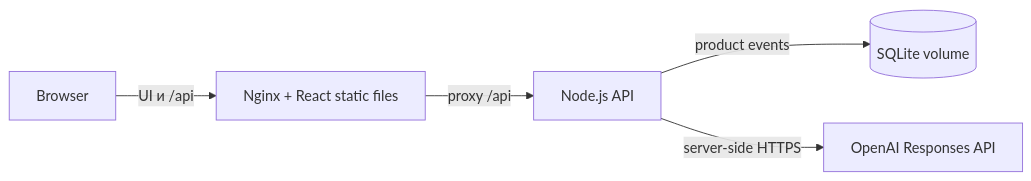
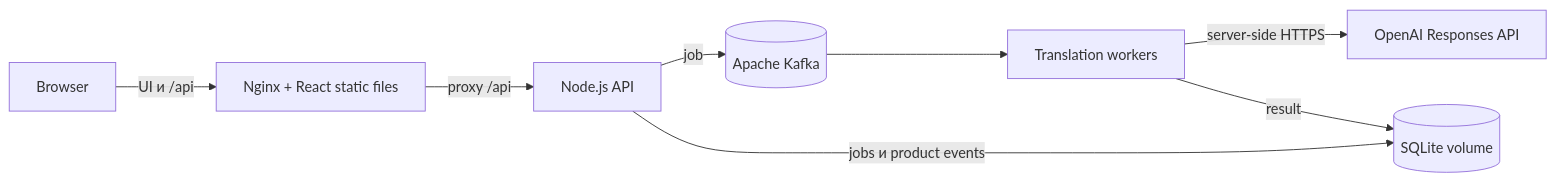
The second of 4 diagrams in docs/ARCHITECTURE.md (viscosha1575/magnit), drawn with Mermaid before and after one commit. The commit also changed other lines of this file and 8 other files, not shown here.

Commit message:
Add durable Kafka translation queue

````diff
--- a/docs/ARCHITECTURE.md
+++ b/docs/ARCHITECTURE.md
@@ -27,13 +27,18 @@
 ```mermaid
 flowchart LR
   browser[Browser]
   nginx[Nginx + React static files]
   api[Node.js API]
+  kafka[(Apache Kafka)]
+  worker[Translation workers]
   sqlite[(SQLite volume)]
   openai[OpenAI Responses API]
 
   browser -->|UI и /api| nginx
   nginx -->|proxy /api| api
-  api -->|product events| sqlite
-  api -->|server-side HTTPS| openai
+  api -->|job| kafka
+  kafka --> worker
+  worker -->|server-side HTTPS| openai
+  api -->|jobs и product events| sqlite
+  worker -->|result| sqlite
 ```
````
